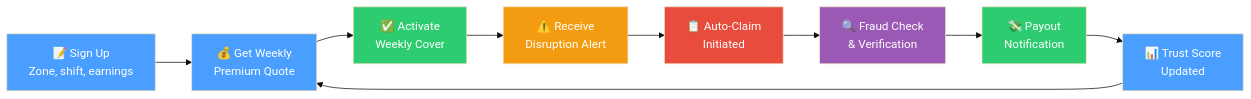
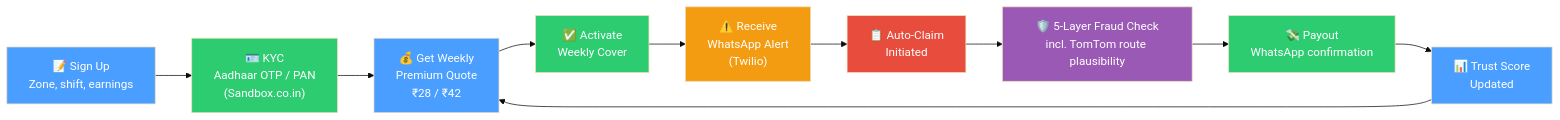
One commit to Chorko/Celestius_Covara_One_P1 changed the diagram in docs/diagrams/worker-journey.mmd. Above: the diagram before and after it, drawn with Mermaid (base theme). The commit also changed 55 other files, not shown here.

```diff
--- a/docs/diagrams/worker-journey.mmd
+++ b/docs/diagrams/worker-journey.mmd
@@ -1,22 +1,24 @@
 %% Covara One — Gig Worker Journey
-%% Status: Target architecture (no code implementation exists yet)
-%% Source: root README.md
+%% Status: Production-implemented
+%% Updated: 2026-04-03
 
 flowchart LR
-    A["📝 Sign Up<br/>Zone, shift, earnings"] --> B["💰 Get Weekly<br/>Premium Quote"]
+    A["📝 Sign Up<br/>Zone, shift, earnings"] --> KY["🪪 KYC<br/>Aadhaar OTP / PAN<br/>(Sandbox.co.in)"]
+    KY --> B["💰 Get Weekly<br/>Premium Quote<br/>₹28 / ₹42"]
     B --> C["✅ Activate<br/>Weekly Cover"]
-    C --> D["⚠️ Receive<br/>Disruption Alert"]
+    C --> D["⚠️ Receive<br/>WhatsApp Alert<br/>(Twilio)"]
     D --> E["📋 Auto-Claim<br/>Initiated"]
-    E --> F["🔍 Fraud Check<br/>& Verification"]
-    F --> G["💸 Payout<br/>Notification"]
+    E --> F["🛡️ 5-Layer Fraud Check<br/>incl. TomTom route plausibility"]
+    F --> G["💸 Payout<br/>WhatsApp confirmation"]
     G --> H["📊 Trust Score<br/>Updated"]
     H --> B
 
     style A fill:#4a9eff,color:#fff
+    style KY fill:#2ecc71,color:#fff
     style B fill:#4a9eff,color:#fff
     style C fill:#2ecc71,color:#fff
     style D fill:#f39c12,color:#fff
     style E fill:#e74c3c,color:#fff
     style F fill:#9b59b6,color:#fff
     style G fill:#2ecc71,color:#fff
     style H fill:#4a9eff,color:#fff
```
